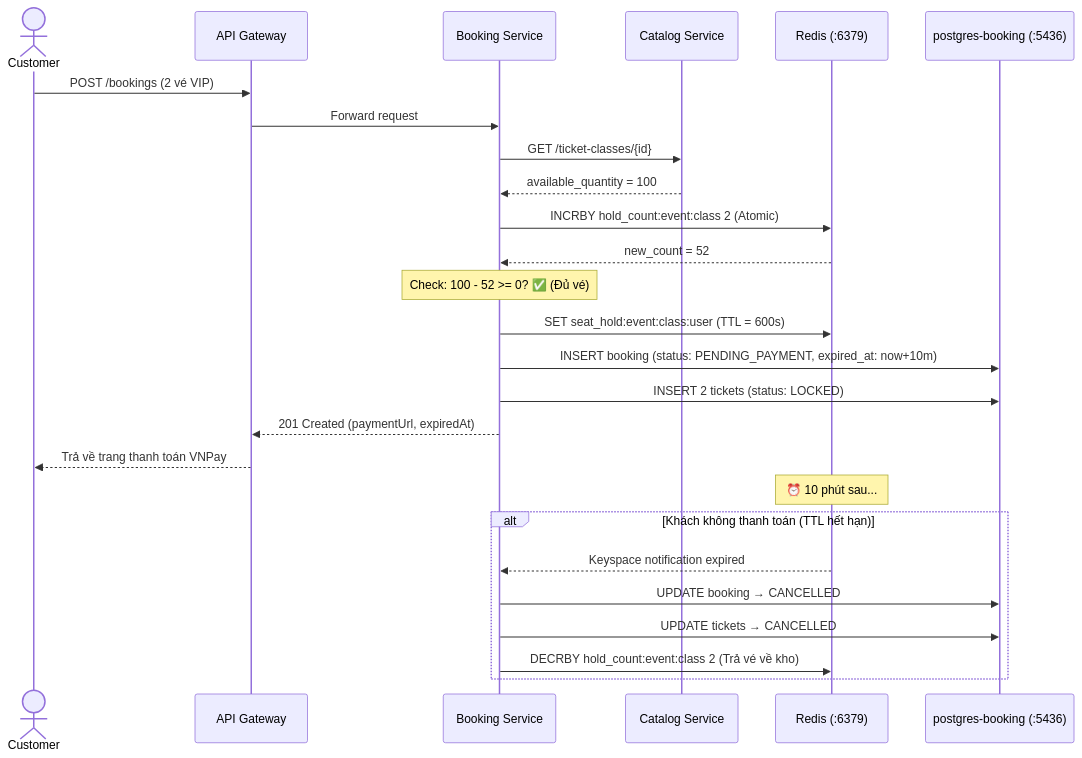
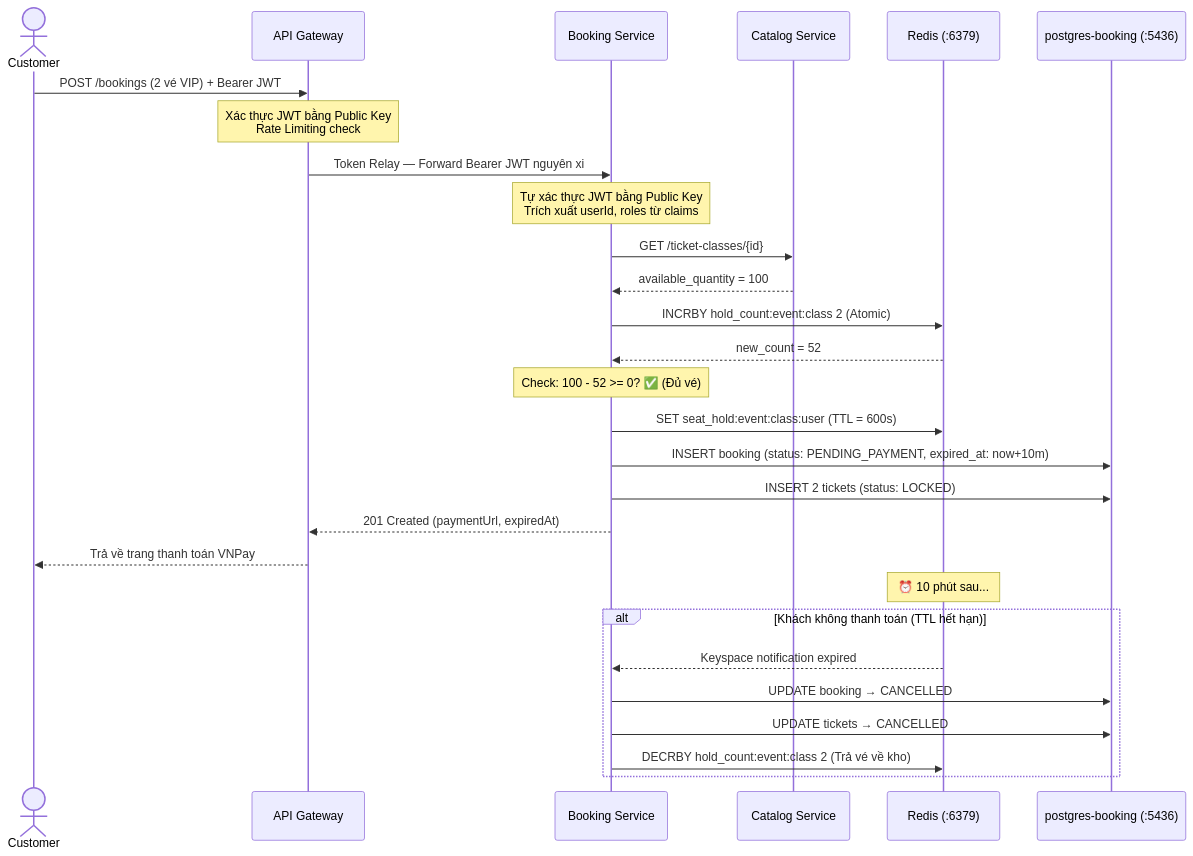
The second of 9 diagrams in docs/architecture-diagrams.md (dangngockhieu/TicketBooking), drawn with Mermaid before and after one commit. The commit also changed other lines of this file and 15 other files, not shown here.

````diff
--- a/docs/architecture-diagrams.md
+++ b/docs/architecture-diagrams.md
@@ -119,36 +132,39 @@
 ```mermaid
 sequenceDiagram
     actor Customer
     participant GW as API Gateway
     participant BS as Booking Service
     participant CS as Catalog Service
     participant Redis as Redis (:6379)
     participant DB as postgres-booking (:5436)
 
-    Customer->>GW: POST /bookings (2 vé VIP)
-    GW->>BS: Forward request
+    Customer->>GW: POST /bookings (2 vé VIP) + Bearer JWT
+    Note over GW: Xác thực JWT bằng Public Key<br/>Rate Limiting check
+    GW->>BS: Token Relay — Forward Bearer JWT nguyên xi
+
+    Note over BS: Tự xác thực JWT bằng Public Key<br/>Trích xuất userId, roles từ claims
 
     BS->>CS: GET /ticket-classes/{id}
     CS-->>BS: available_quantity = 100
 
     BS->>Redis: INCRBY hold_count:event:class 2 (Atomic)
     Redis-->>BS: new_count = 52
 
     Note over BS: Check: 100 - 52 >= 0? ✅ (Đủ vé)
 
     BS->>Redis: SET seat_hold:event:class:user (TTL = 600s)
     BS->>DB: INSERT booking (status: PENDING_PAYMENT, expired_at: now+10m)
     BS->>DB: INSERT 2 tickets (status: LOCKED)
 
     BS-->>GW: 201 Created (paymentUrl, expiredAt)
     GW-->>Customer: Trả về trang thanh toán VNPay
 
     Note over Redis: ⏰ 10 phút sau...
     
     alt Khách không thanh toán (TTL hết hạn)
         Redis-->>BS: Keyspace notification expired
         BS->>DB: UPDATE booking → CANCELLED
         BS->>DB: UPDATE tickets → CANCELLED
         BS->>Redis: DECRBY hold_count:event:class 2 (Trả vé về kho)
     end
 ```
````
